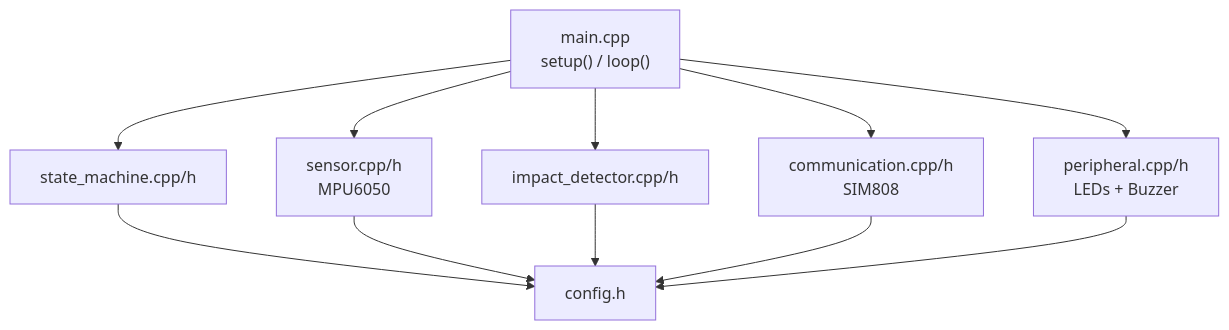
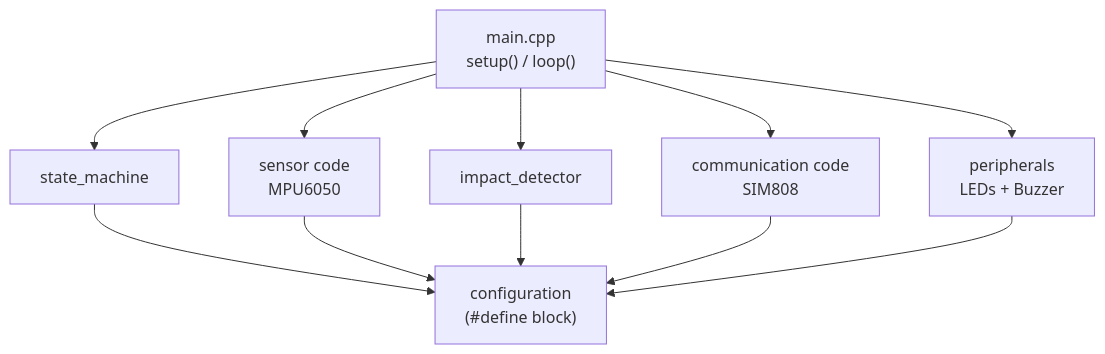
The first of 5 diagrams in docs/STACKS.md (qppd/smart-vehicle-impact-detection-device), drawn with Mermaid before and after one commit. The commit also changed other lines of this file and 10 other files, not shown here.

````diff
--- a/docs/STACKS.md
+++ b/docs/STACKS.md
@@ -14,21 +17,21 @@
 ```mermaid
 graph TB
     MAIN["main.cpp<br/>setup() / loop()"]
-    SM["state_machine.cpp/h"]
-    SENSOR["sensor.cpp/h<br/>MPU6050"]
-    IMPACT["impact_detector.cpp/h"]
-    COMM["communication.cpp/h<br/>SIM808"]
-    PERIPH["peripheral.cpp/h<br/>LEDs + Buzzer"]
-    CONFIG["config.h"]
+    SM["state_machine"]
+    SENSOR["sensor code<br/>MPU6050"]
+    IMPACT["impact_detector"]
+    COMM["communication code<br/>SIM808"]
+    PERIPH["peripherals<br/>LEDs + Buzzer"]
+    CONFIG["configuration<br/>(#define block)"]
 
     MAIN --> SM
     MAIN --> SENSOR
     MAIN --> IMPACT
     MAIN --> COMM
     MAIN --> PERIPH
     SM --> CONFIG
     SENSOR --> CONFIG
     IMPACT --> CONFIG
     COMM --> CONFIG
     PERIPH --> CONFIG
 ```
````
